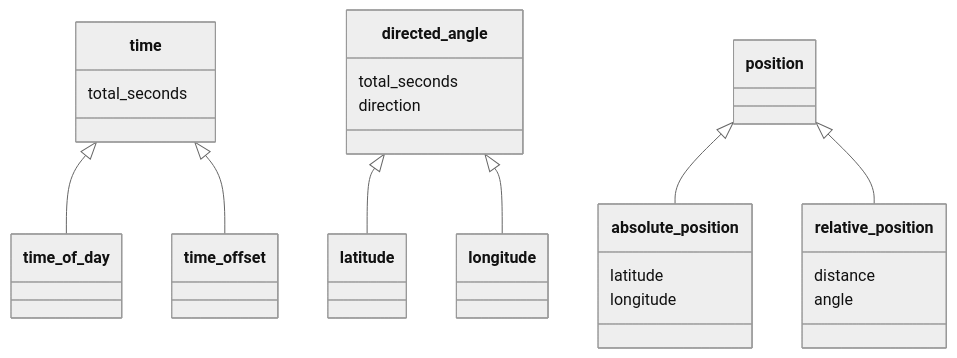
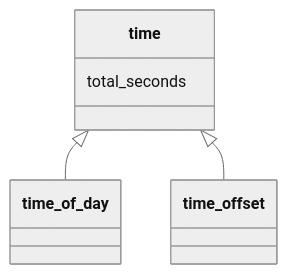
The diagram in doc/architecture.md (fraya/dylan-programming-book), drawn with Mermaid (neutral theme) before and after one commit.

Commit message:
Add time slot

````diff
--- a/doc/architecture.md
+++ b/doc/architecture.md
@@ -5,16 +5,7 @@
 ```mermaid
 classDiagram
+      class time
       time : total_seconds
       time <|-- time_of_day
       time <|-- time_offset
-      directed_angle : total_seconds
-      directed_angle : direction
-      directed_angle <|-- latitude
-      directed_angle <|-- longitude
-      position <|-- absolute_position
-      absolute_position : latitude
-      absolute_position : longitude
-      position <|-- relative_position
-      relative_position : distance
-      relative_position : angle
 ```
````
